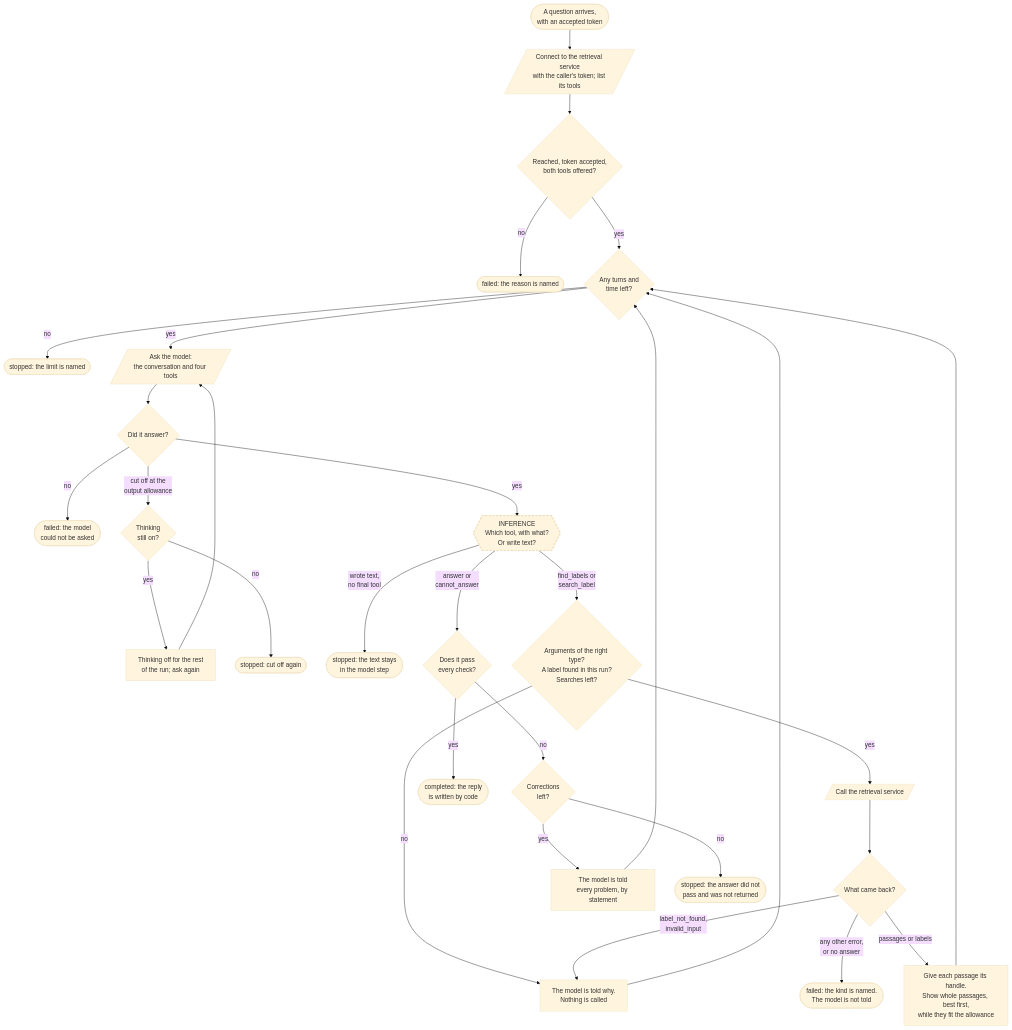
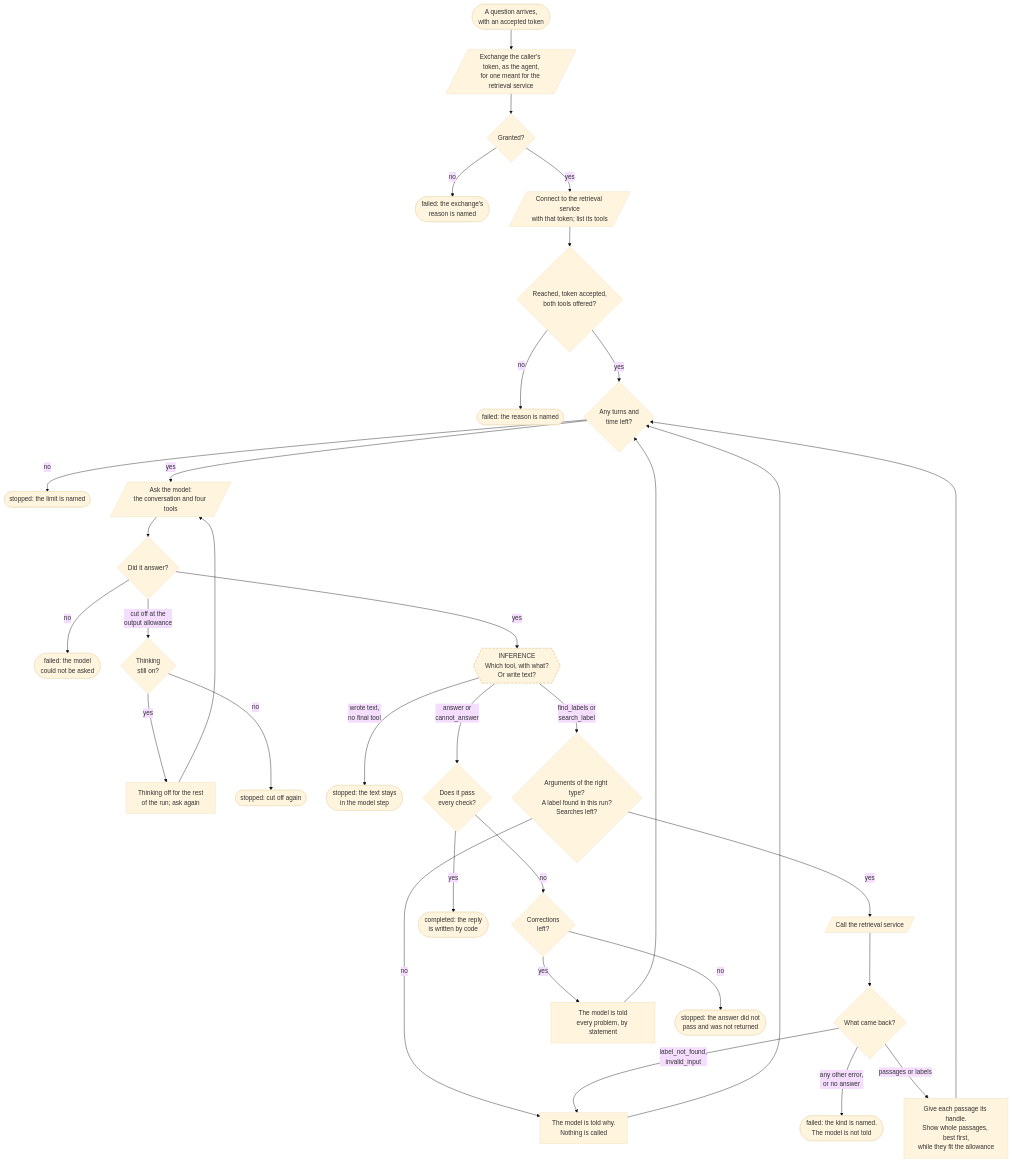
The diagram in docs/architecture/expert-agent.md (AndrewPHunter/ai-on-aws), drawn with Mermaid (base theme) before and after one commit. The commit also changed other lines of this file and 19 other files, not shown here.

First line of the commit message:
Identity: the agents exchange the token they are called with for one meant for their tool server

````diff
--- a/docs/architecture/expert-agent.md
+++ b/docs/architecture/expert-agent.md
@@ -42,33 +43,36 @@
 ```mermaid
 flowchart TD
-    Arrive(["A question arrives,<br/>with an accepted token"]) --> Connect[/"Connect to the retrieval service<br/>with the caller's token; list its tools"/]
+    Arrive(["A question arrives,<br/>with an accepted token"]) --> Exchange[/"Exchange the caller's token, as the agent,<br/>for one meant for the retrieval service"/]
+    Exchange --> Granted{"Granted?"}
+    Granted -- no --> FailedExchange(["failed: the exchange's<br/>reason is named"])
+    Granted -- yes --> Connect[/"Connect to the retrieval service<br/>with that token; list its tools"/]
     Connect --> Reached{"Reached, token accepted,<br/>both tools offered?"}
     Reached -- no --> FailedStart(["failed: the reason is named"])
     Reached -- yes --> Limits{"Any turns and<br/>time left?"}
     Limits -- no --> StoppedLimit(["stopped: the limit is named"])
     Limits -- yes --> Ask[/"Ask the model:<br/>the conversation and four tools"/]
     Ask --> Answered{"Did it answer?"}
     Answered -- no --> FailedModel(["failed: the model<br/>could not be asked"])
     Answered -- "cut off at the<br/>output allowance" --> CutOff{"Thinking<br/>still on?"}
     CutOff -- yes --> ThinkingOff["Thinking off for the rest<br/>of the run; ask again"] --> Ask
     CutOff -- no --> StoppedCut(["stopped: cut off again"])
     Answered -- yes --> Infer{{"INFERENCE<br/>Which tool, with what?<br/>Or write text?"}}
 
     Infer -- "wrote text,<br/>no final tool" --> StoppedText(["stopped: the text stays<br/>in the model step"])
     Infer -- "find_labels or<br/>search_label" --> Allowed{"Arguments of the right type?<br/>A label found in this run?<br/>Searches left?"}
     Allowed -- no --> Tell["The model is told why.<br/>Nothing is called"] --> Limits
     Allowed -- yes --> Call[/"Call the retrieval service"/]
     Call --> Read{"What came back?"}
     Read -- "label_not_found,<br/>invalid_input" --> Tell
     Read -- "any other error,<br/>or no answer" --> FailedSearch(["failed: the kind is named.<br/>The model is not told"])
     Read -- "passages or labels" --> Show["Give each passage its handle.<br/>Show whole passages, best first,<br/>while they fit the allowance"] --> Limits
 
     Infer -- "answer or<br/>cannot_answer" --> Check{"Does it pass<br/>every check?"}
     Check -- yes --> Completed(["completed: the reply<br/>is written by code"])
     Check -- no --> Corrections{"Corrections<br/>left?"}
     Corrections -- yes --> Problems["The model is told<br/>every problem, by statement"] --> Limits
     Corrections -- no --> StoppedChecks(["stopped: the answer did not<br/>pass and was not returned"])
 
     classDef inference stroke-width:3px,stroke-dasharray:6 3
     class Infer inference
 ```
````
